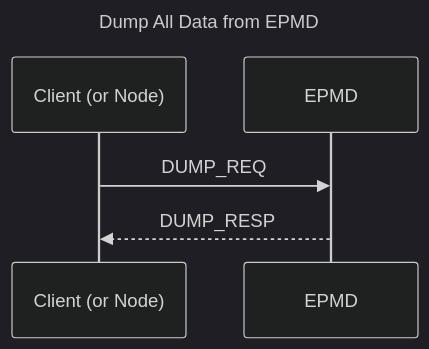
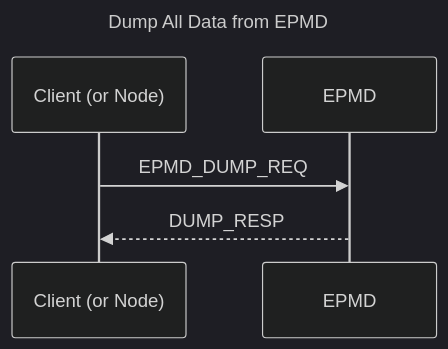
One commit to erlang/otp changed the sixth of 8 diagrams in erts/doc/guides/erl_dist_protocol.md. Above: the diagram before and after it, drawn with Mermaid (dark theme). The commit also changed other lines of this file and 3 other files, not shown here.

````diff
--- a/erts/doc/guides/erl_dist_protocol.md
+++ b/erts/doc/guides/erl_dist_protocol.md
@@ -302,11 +302,11 @@
 ```mermaid
 ---
 title: Dump All Data from EPMD
 ---
 sequenceDiagram
     participant client as Client (or Node)
     participant EPMD
     
-    client ->> EPMD: DUMP_REQ
+    client ->> EPMD: EPMD_DUMP_REQ
     EPMD -->> client: DUMP_RESP
 ```
````
